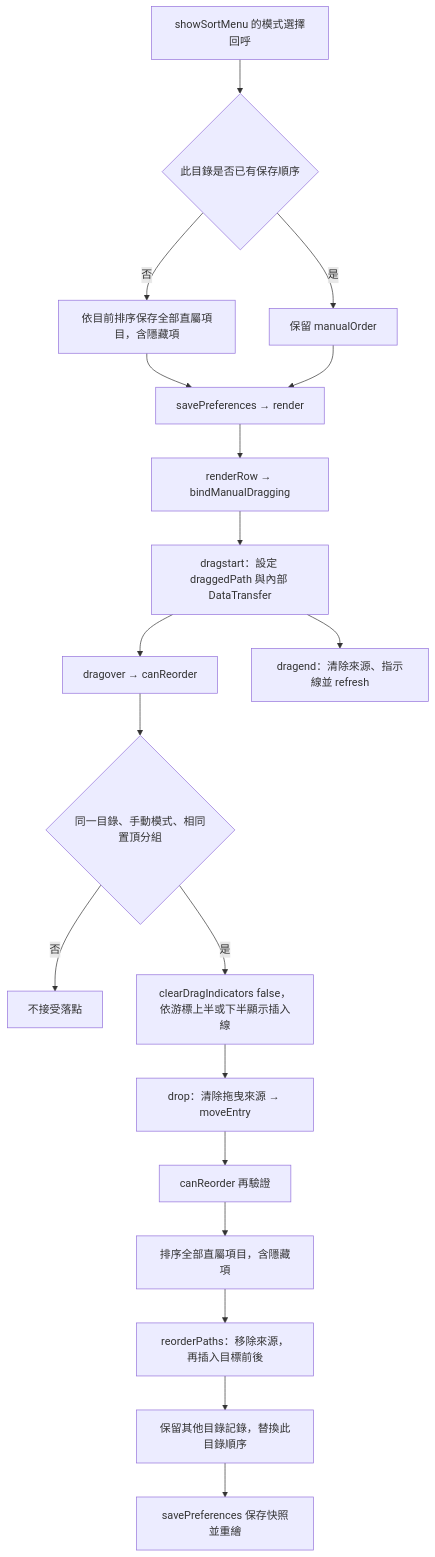
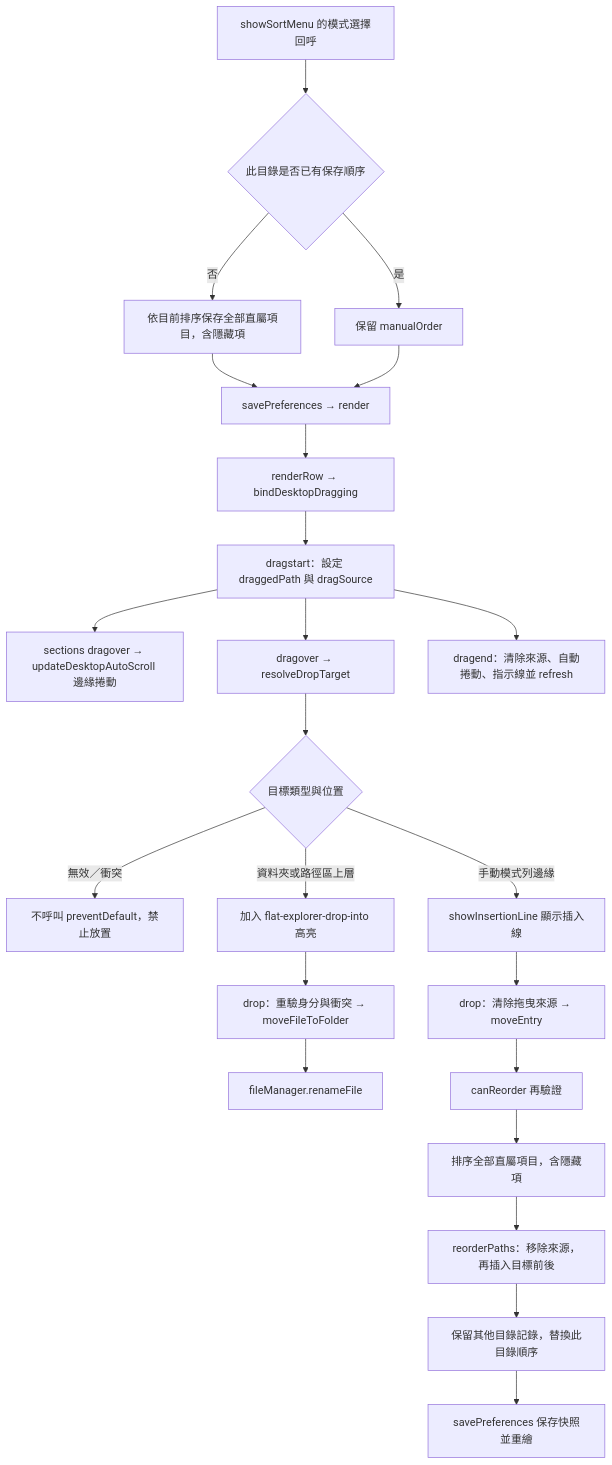
One commit to MiuDog/FlatExplorer changed the fourth of 12 diagrams in architecture.md. Above: the diagram before and after it, drawn with Mermaid. The commit also changed other lines of this file and 13 other files, not shown here.

Commit message:
Restore active tab on startup and add desktop drag-to-move for 0.9.0

````diff
--- a/architecture.md
+++ b/architecture.md
@@ -113,21 +113,25 @@
 ```mermaid
 flowchart TD
 	Menu[showSortMenu 的模式選擇回呼] --> Existing{此目錄是否已有保存順序}
 	Existing -->|否| Seed[依目前排序保存全部直屬項目，含隱藏項]
 	Existing -->|是| Keep[保留 manualOrder]
 	Seed --> Save[savePreferences → render]
 	Keep --> Save
-	Save --> Bind[renderRow → bindManualDragging]
-	Bind --> Start[dragstart：設定 draggedPath 與內部 DataTransfer]
-	Start --> Over[dragover → canReorder]
-	Over --> Valid{同一目錄、手動模式、相同置頂分組}
-	Valid -->|否| Reject[不接受落點]
-	Valid -->|是| Indicator[clearDragIndicators false，依游標上半或下半顯示插入線]
+	Save --> Bind[renderRow → bindDesktopDragging]
+	Bind --> Start[dragstart：設定 draggedPath 與 dragSource]
+	Start --> Edge[sections dragover → updateDesktopAutoScroll 邊緣捲動]
+	Start --> Over[dragover → resolveDropTarget]
+	Over --> DropKind{目標類型與位置}
+	DropKind -->|無效／衝突| Reject[不呼叫 preventDefault，禁止放置]
+	DropKind -->|手動模式列邊緣| Indicator[showInsertionLine 顯示插入線]
+	DropKind -->|資料夾或路徑區上層| Into[加入 flat-explorer-drop-into 高亮]
 	Indicator --> Drop[drop：清除拖曳來源 → moveEntry]
+	Into --> DropMove[drop：重驗身分與衝突 → moveFileToFolder]
+	DropMove --> Rename[fileManager.renameFile]
 	Drop --> Check[canReorder 再驗證]
 	Check --> Full[排序全部直屬項目，含隱藏項]
 	Full --> Reorder[reorderPaths：移除來源，再插入目標前後]
 	Reorder --> Merge[保留其他目錄記錄，替換此目錄順序]
 	Merge --> Persist[savePreferences 保存快照並重繪]
-	Start --> End[dragend：清除來源、指示線並 refresh]
+	Start --> End[dragend：清除來源、自動捲動、指示線並 refresh]
 ```
````
